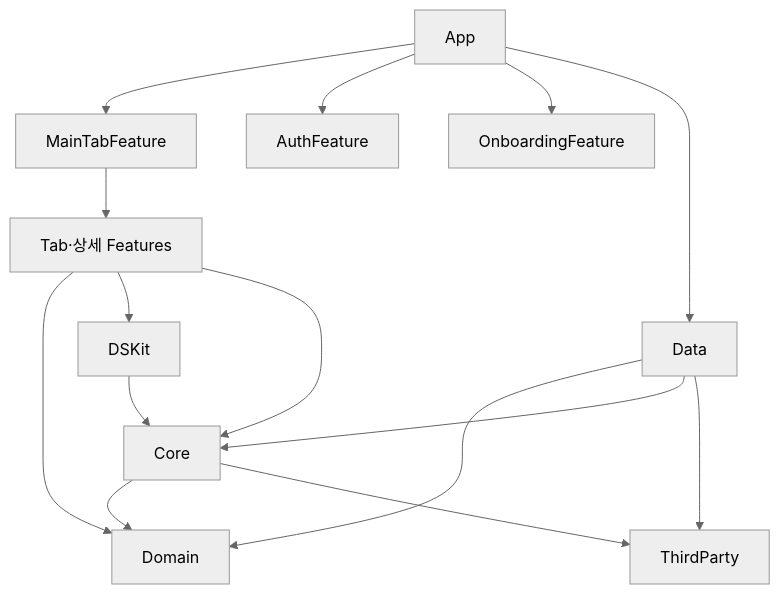
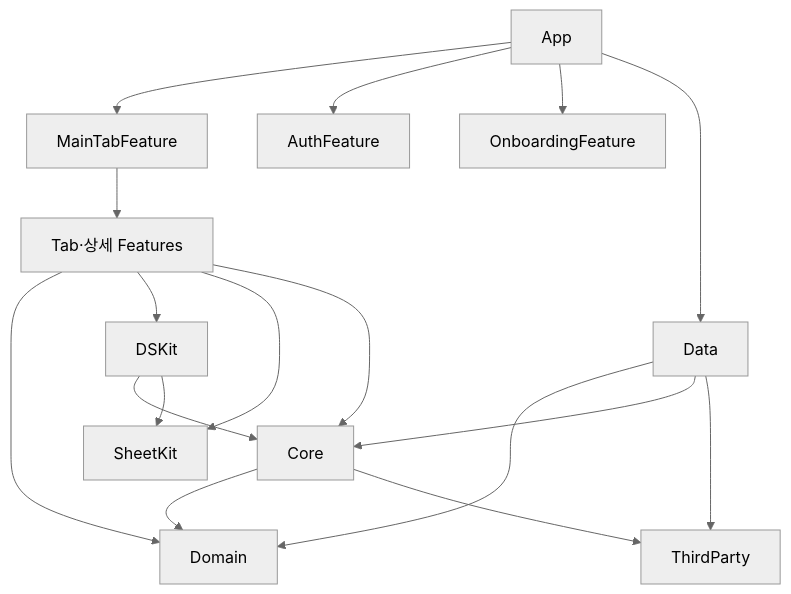
The diagram in Docs/architecture/architecture.md (team-PopPang/PopPang-iOS), drawn with Mermaid (neutral theme) before and after one commit. The commit also changed other lines of this file and 42 other files, not shown here.

````diff
--- a/Docs/architecture/architecture.md
+++ b/Docs/architecture/architecture.md
@@ -150,17 +154,19 @@
 ```mermaid
 flowchart TD
     App --> MainTabFeature
     App --> AuthFeature
     App --> OnboardingFeature
     App --> Data
     MainTabFeature --> TabFeatures["Tab·상세 Features"]
     TabFeatures --> Domain
     TabFeatures --> DSKit
+    TabFeatures --> SheetKit
     TabFeatures --> Core
     Data --> Domain
     Data --> Core
     Data --> ThirdParty
     DSKit --> Core
+    DSKit --> SheetKit
     Core --> Domain
     Core --> ThirdParty
 ```
````
